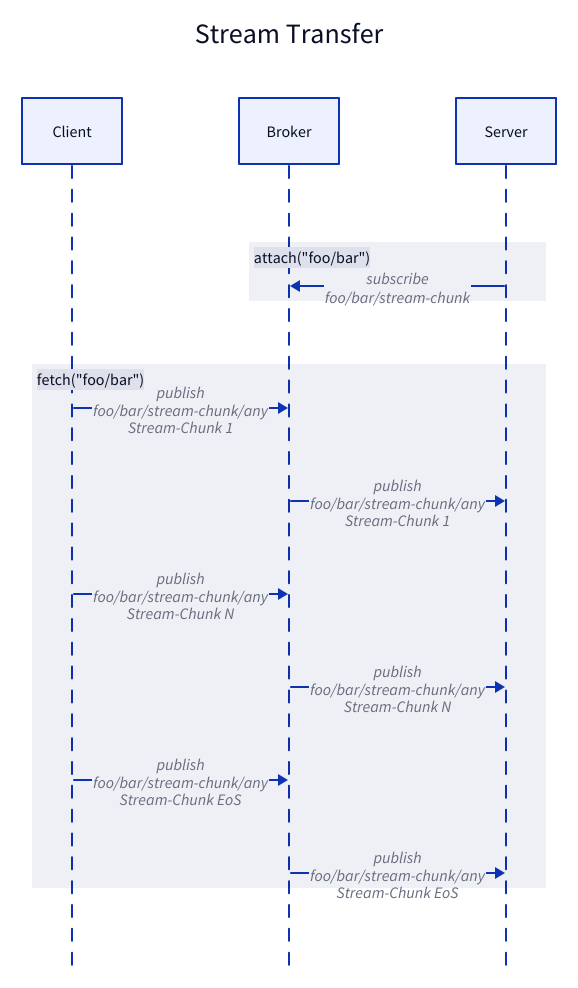
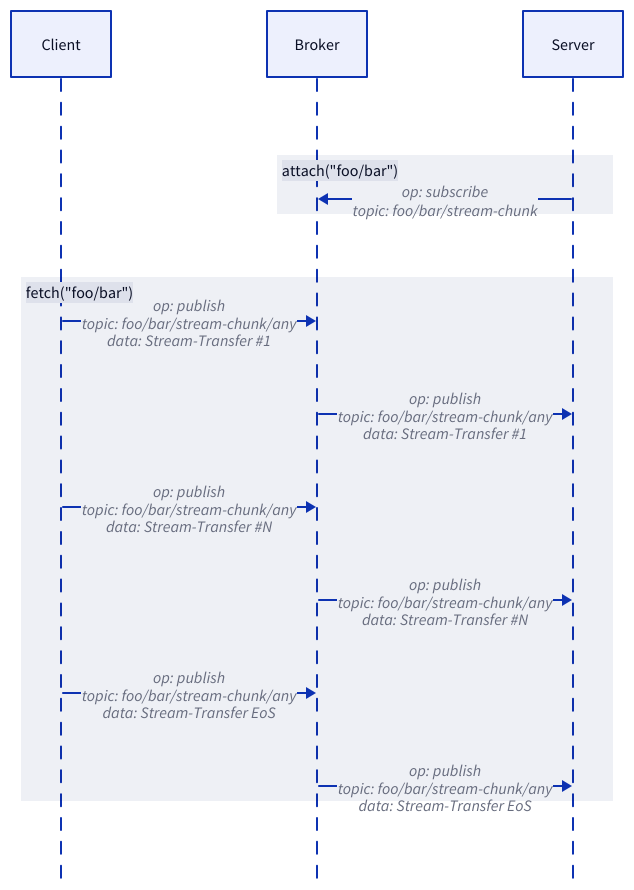
The diagram in doc/mqtt-plus-2-stream-transfer.d2 (rse/mqtt-plus), drawn with D2 before and after one commit. The commit also changed 7 other files, not shown here.

```diff
--- a/doc/mqtt-plus-2-stream-transfer.d2
+++ b/doc/mqtt-plus-2-stream-transfer.d2
@@ -1,22 +1,21 @@
 
-"Stream Transfer": {
-    shape: sequence_diagram
+shape: sequence_diagram
 
-    client: "Client"
-    broker: "Broker"
-    server: "Server"
+client: "Client"
+broker: "Broker"
+server: "Server"
 
-    broker.class: brown
+broker.class: brown
 
-    attach("foo/bar") {
-        server -> broker: "subscribe\nfoo/bar/stream-chunk"
-    }
-    fetch("foo/bar") {
-        client -> broker: "publish\nfoo/bar/stream-chunk/any\nStream-Chunk 1"
-        broker -> server: "publish\nfoo/bar/stream-chunk/any\nStream-Chunk 1"
-        client -> broker: "publish\nfoo/bar/stream-chunk/any\nStream-Chunk N"
-        broker -> server: "publish\nfoo/bar/stream-chunk/any\nStream-Chunk N"
-        client -> broker: "publish\nfoo/bar/stream-chunk/any\nStream-Chunk EoS"
-        broker -> server: "publish\nfoo/bar/stream-chunk/any\nStream-Chunk EoS"
-    }
+attach("foo/bar") {
+    server -> broker: "op: subscribe\ntopic: foo/bar/stream-chunk"
 }
+
+fetch("foo/bar") {
+    client -> broker: "op: publish\ntopic: foo/bar/stream-chunk/any\ndata: Stream-Transfer #1"
+    broker -> server: "op: publish\ntopic: foo/bar/stream-chunk/any\ndata: Stream-Transfer #1"
+    client -> broker: "op: publish\ntopic: foo/bar/stream-chunk/any\ndata: Stream-Transfer #N"
+    broker -> server: "op: publish\ntopic: foo/bar/stream-chunk/any\ndata: Stream-Transfer #N"
+    client -> broker: "op: publish\ntopic: foo/bar/stream-chunk/any\ndata: Stream-Transfer EoS"
+    broker -> server: "op: publish\ntopic: foo/bar/stream-chunk/any\ndata: Stream-Transfer EoS"
+}
```
